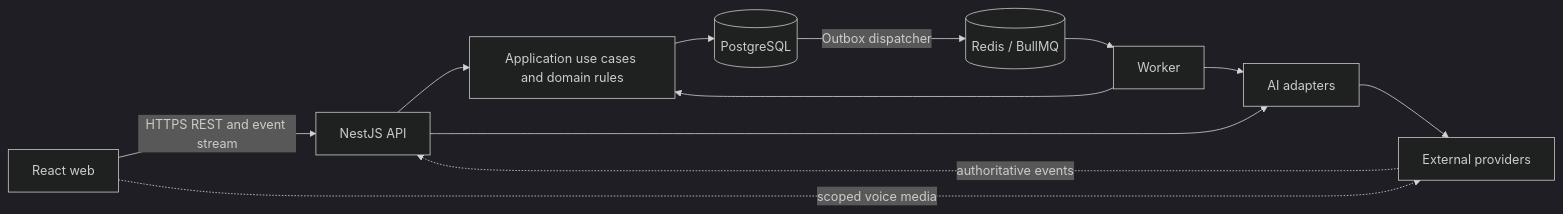
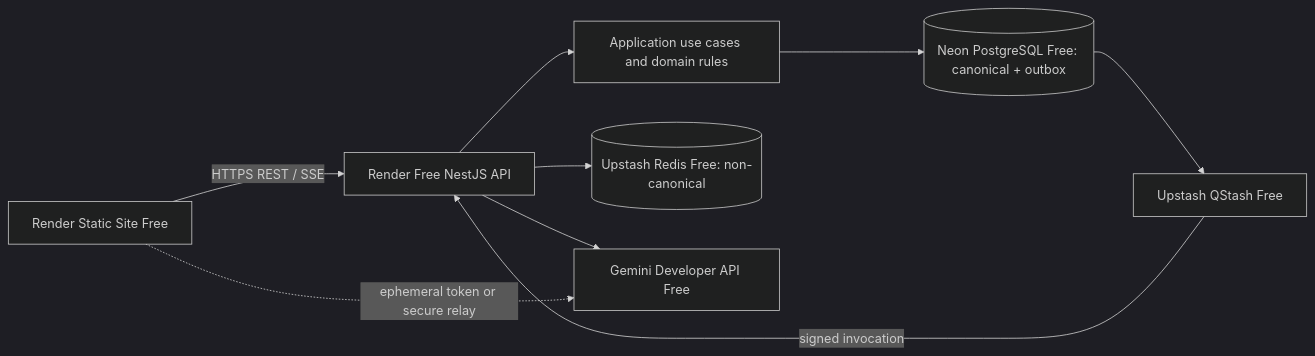
The diagram in SPEC.md (ByCur/fluentcoach-ai), drawn with Mermaid (dark theme) before and after one commit. The commit also changed other lines of this file and 6 other files, not shown here.

````diff
--- a/SPEC.md
+++ b/SPEC.md
@@ -97,14 +97,11 @@
 ```mermaid
 flowchart LR
-  Web[React web] -->|HTTPS REST and event stream| API[NestJS API]
+  Web[Render Static Site Free] -->|HTTPS REST / SSE| API[Render Free NestJS API]
   API --> App[Application use cases and domain rules]
-  App --> PG[(PostgreSQL)]
-  PG -->|Outbox dispatcher| Queue[(Redis / BullMQ)]
-  Queue --> Worker[Worker]
-  Worker --> App
-  API --> Adapter[AI adapters]
-  Worker --> Adapter
-  Adapter --> AI[External providers]
-  Web -. scoped voice media .-> AI
-  AI -. authoritative events .-> API
+  App --> PG[(Neon PostgreSQL Free: canonical + outbox)]
+  API --> Redis[(Upstash Redis Free: non-canonical)]
+  PG --> Q[Upstash QStash Free]
+  Q -->|signed invocation| API
+  API --> Gemini[Gemini Developer API Free]
+  Web -. ephemeral token or secure relay .-> Gemini
 ```
````
